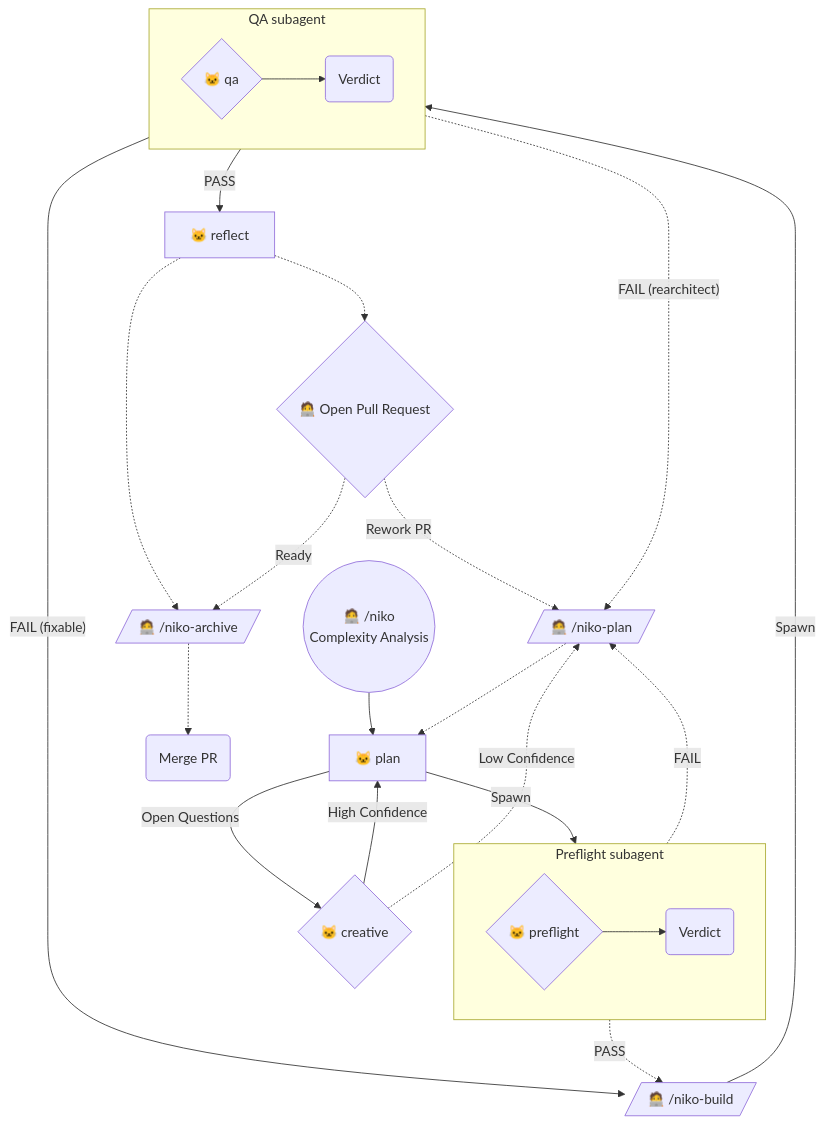
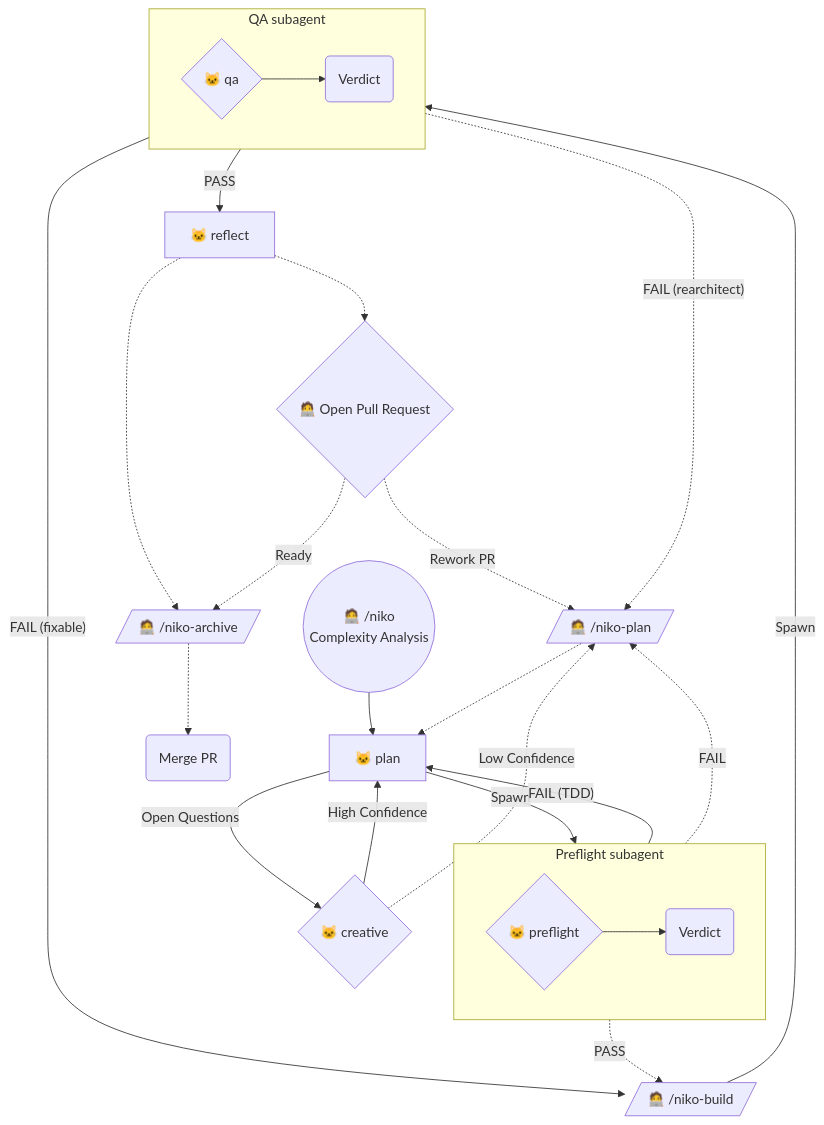
Before and after one commit to Texarkanine/.cursor-rules: the fifth of 6 diagrams in rulesets/niko/README.md, drawn with Mermaid. The commit also changed other lines of this file and 13 other files, not shown here.

````diff
--- a/rulesets/niko/README.md
+++ b/rulesets/niko/README.md
@@ -230,36 +232,37 @@
 ```mermaid
 graph TD
 	Start(("🧑‍💻 /niko<br>Complexity Analysis")) --> NikoPlan["🐱 plan"]
-	NikoPlan --Spawn--> PF
-	subgraph PFSA["Preflight subagent"]
+	NikoPlan --Spawn--> NikoPreflight
+	subgraph PreflightSubagent["Preflight subagent"]
 		direction LR
-		PF{"🐱 preflight"} --> PFV("Verdict")
+		NikoPreflight{"🐱 preflight"} --> PreflightVerdict("Verdict")
 	end
-	PFV -.->|"PASS"| ManualBuild[/"🧑‍💻 /niko-build"/]
-	PFV -.->|"FAIL"| ManualPlan[/"🧑‍💻 /niko-plan"/]
+	PreflightVerdict -.->|"PASS"| ManualBuild[/"🧑‍💻 /niko-build"/]
+	PreflightVerdict -->|"FAIL (TDD)"| NikoPlan
+	PreflightVerdict -.->|"FAIL"| ManualPlan[/"🧑‍💻 /niko-plan"/]
 
 	NikoPlan -->|"Open Questions"| NikoCreative{"🐱 creative"}
 	NikoCreative -->|"High Confidence"| NikoPlan
 	NikoCreative -.->|"Low Confidence"| ManualPlan[/"🧑‍💻 /niko-plan"/]
 
-	ManualBuild --Spawn--> QA
-	subgraph QASA["QA subagent"]
+	ManualBuild --Spawn--> NikoQA
+	subgraph QASubagent["QA subagent"]
 		direction LR
-		QA{"🐱 qa"} --> QAV("Verdict")
+		NikoQA{"🐱 qa"} --> QAVerdict("Verdict")
 	end
-	QAV -->|"PASS"| NikoReflect["🐱 reflect"]
+	QAVerdict -->|"PASS"| NikoReflect["🐱 reflect"]
 	NikoReflect -.-> ManualArchive[/"🧑‍💻 /niko-archive"/]
-	QAV -->|"FAIL (fixable)"| ManualBuild
-	QAV -.->|"FAIL (rearchitect)"| ManualPlan
+	QAVerdict -->|"FAIL (fixable)"| ManualBuild
+	QAVerdict -.->|"FAIL (rearchitect)"| ManualPlan
 
 	ManualPlan -.-> NikoPlan
 
 	PR{"🧑‍💻 Open Pull Request"}
 
 	NikoReflect -.-> PR
 
 	PR -."Ready".-> ManualArchive
 	PR -."Rework PR".-> ManualPlan
 
 	ManualArchive -.-> MergePR("Merge PR")
 ```
````
